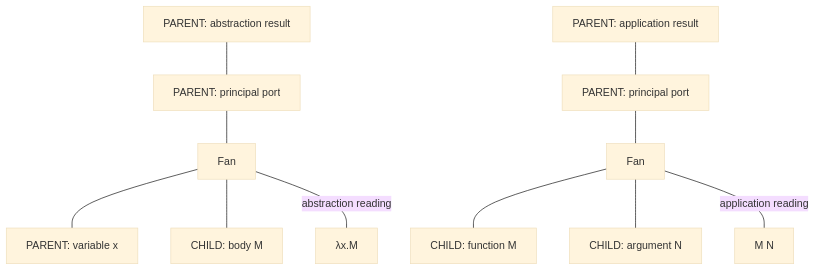
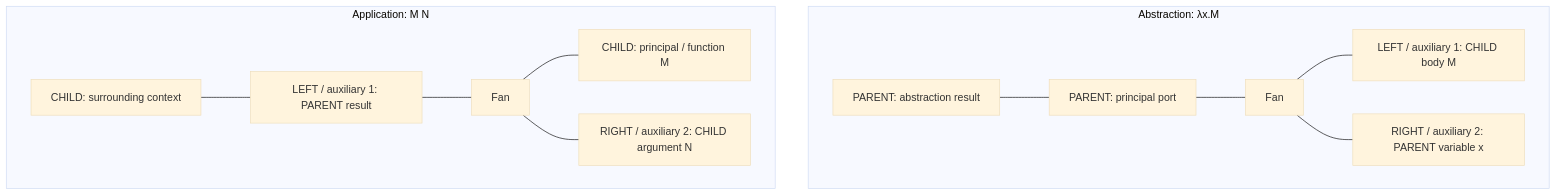
Before and after one commit to gavlooth/delta_net_abstract_machine: the diagram in diagrams/fan-readings.mmd, drawn with Mermaid (base theme). The commit also changed 5 other files, not shown here.

```diff
--- a/diagrams/fan-readings.mmd
+++ b/diagrams/fan-readings.mmd
@@ -1,12 +1,14 @@
 flowchart TB
-  R[PARENT: abstraction result] --- P[PARENT: principal port]
-  P --- F[Fan]
-  F --- V[PARENT: variable x]
-  F --- B[CHILD: body M]
-  F ---|abstraction reading| L[λx.M]
+  subgraph Abstraction[Abstraction: λx.M]
+    R[PARENT: abstraction result] --- P[PARENT: principal port]
+    P --- F[Fan]
+    F --- B[LEFT / auxiliary 1: CHILD body M]
+    F --- V[RIGHT / auxiliary 2: PARENT variable x]
+  end
 
-  AR[PARENT: application result] --- AP[PARENT: principal port]
-  AP --- F2[Fan]
-  F2 --- FN[CHILD: function M]
-  F2 --- A[CHILD: argument N]
-  F2 ---|application reading| APP[M N]
+  subgraph Application[Application: M N]
+    C[CHILD: surrounding context] --- R2[LEFT / auxiliary 1: PARENT result]
+    R2 --- F2[Fan]
+    F2 --- FN[CHILD: principal / function M]
+    F2 --- A[RIGHT / auxiliary 2: CHILD argument N]
+  end
```
